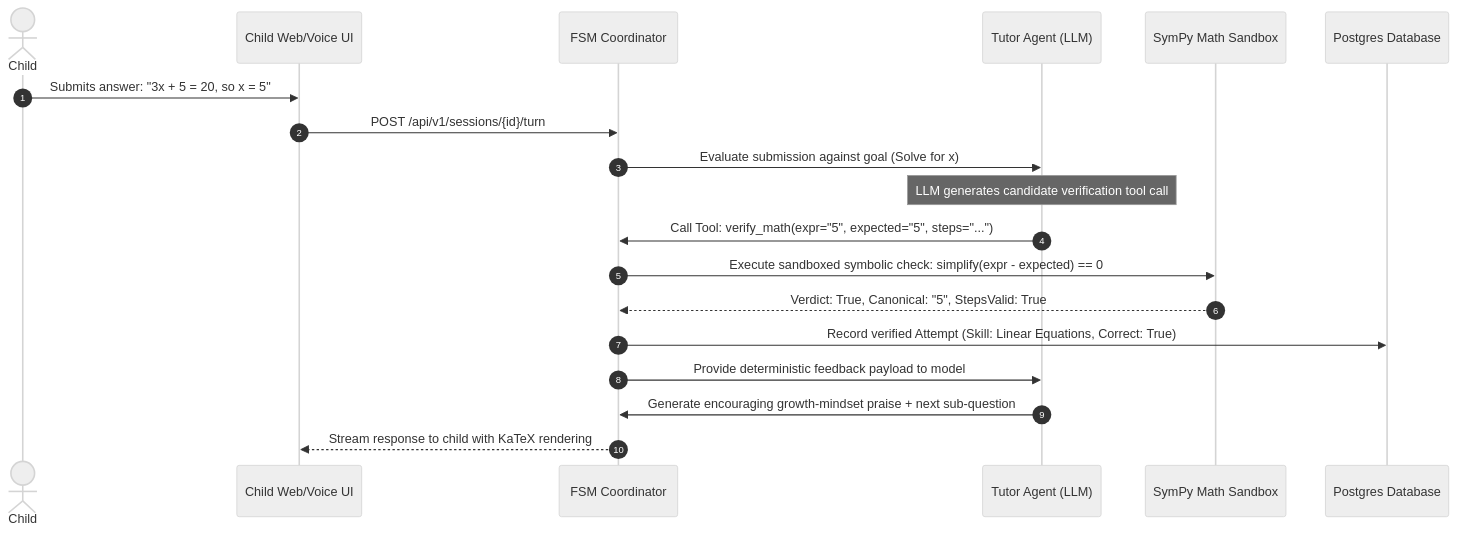
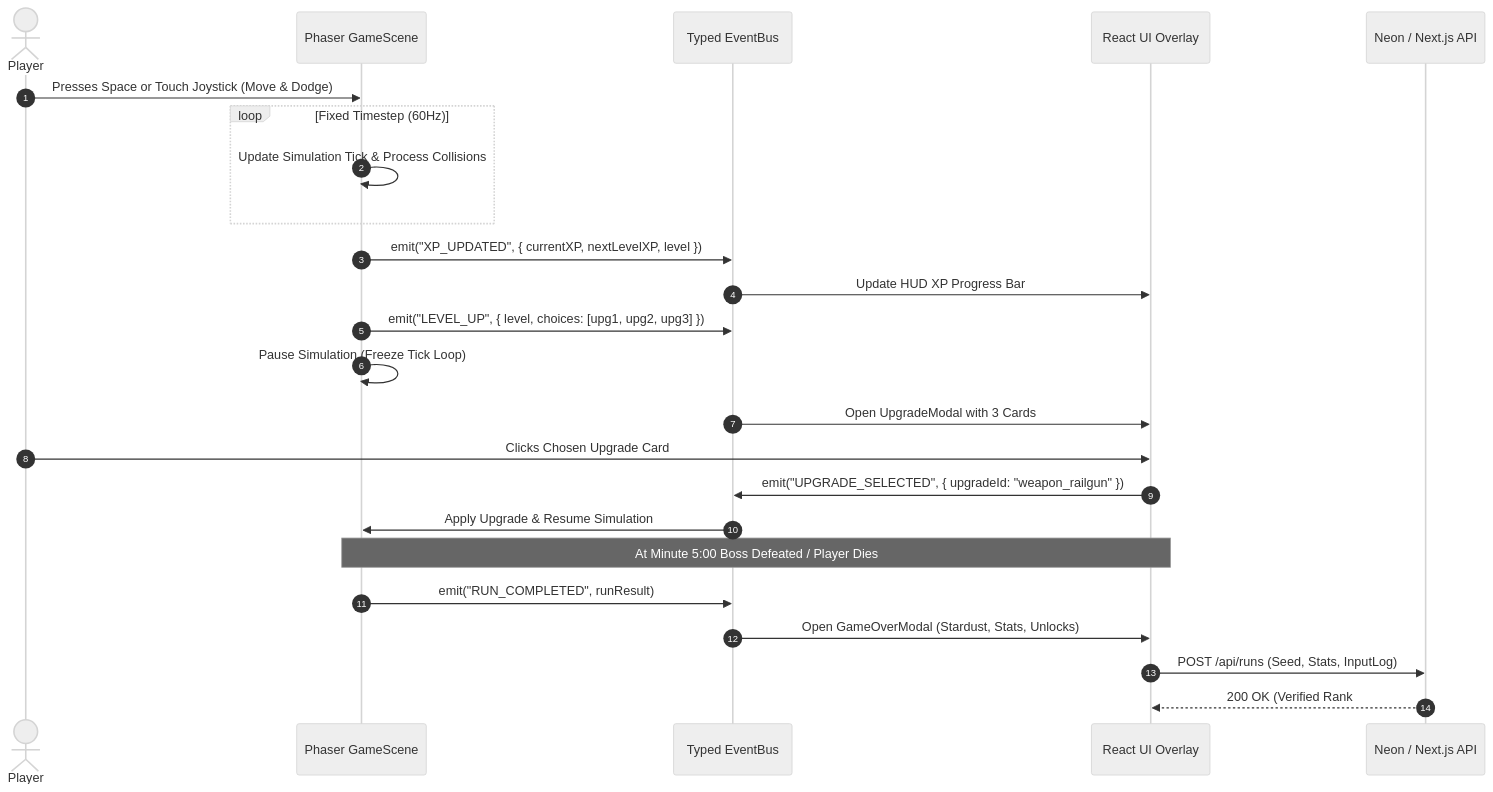
The second of 4 diagrams in docs/architecture.md (dj-here/india-quant), drawn with Mermaid (neutral theme) before and after one commit. The commit also changed other lines of this file and 9 other files, not shown here.

Commit message:
docs: complete Phase 0 architecture, decisions, specifications, and operational guides for Starfall Survivors

````diff
--- a/docs/architecture.md
+++ b/docs/architecture.md
@@ -132,22 +201,29 @@
 ```mermaid
 sequenceDiagram
     autonumber
-    actor Child
-    participant UI as Child Web/Voice UI
-    participant FSM as FSM Coordinator
-    participant Tutor as Tutor Agent (LLM)
-    participant SymPy as SymPy Math Sandbox
-    participant DB as Postgres Database
+    actor Player
+    participant Phaser as Phaser GameScene
+    participant Bus as Typed EventBus
+    participant React as React UI Overlay
+    participant API as Neon / Next.js API
 
-    Child->>UI: Submits answer: "3x + 5 = 20, so x = 5"
-    UI->>FSM: POST /api/v1/sessions/{id}/turn
-    FSM->>Tutor: Evaluate submission against goal (Solve for x)
-    Note over Tutor: LLM generates candidate verification tool call
-    Tutor->>FSM: Call Tool: verify_math(expr="5", expected="5", steps="...")
-    FSM->>SymPy: Execute sandboxed symbolic check: simplify(expr - expected) == 0
-    SymPy-->>FSM: Verdict: True, Canonical: "5", StepsValid: True
-    FSM->>DB: Record verified Attempt (Skill: Linear Equations, Correct: True)
-    FSM->>Tutor: Provide deterministic feedback payload to model
-    Tutor->>FSM: Generate encouraging growth-mindset praise + next sub-question
-    FSM-->>UI: Stream response to child with KaTeX rendering
+    Player->>Phaser: Presses Space or Touch Joystick (Move & Dodge)
+    loop Fixed Timestep (60Hz)
+        Phaser->>Phaser: Update Simulation Tick & Process Collisions
+    end
+    Phaser->>Bus: emit("XP_UPDATED", { currentXP, nextLevelXP, level })
+    Bus->>React: Update HUD XP Progress Bar
+
+    Phaser->>Bus: emit("LEVEL_UP", { level, choices: [upg1, upg2, upg3] })
+    Phaser->>Phaser: Pause Simulation (Freeze Tick Loop)
+    Bus->>React: Open UpgradeModal with 3 Cards
+    Player->>React: Clicks Chosen Upgrade Card
+    React->>Bus: emit("UPGRADE_SELECTED", { upgradeId: "weapon_railgun" })
+    Bus->>Phaser: Apply Upgrade & Resume Simulation
+
+    Note over Phaser,React: At Minute 5:00 Boss Defeated / Player Dies
+    Phaser->>Bus: emit("RUN_COMPLETED", runResult)
+    Bus->>React: Open GameOverModal (Stardust, Stats, Unlocks)
+    React->>API: POST /api/runs (Seed, Stats, InputLog)
+    API-->>React: 200 OK (Verified Rank #42)
 ```
````
